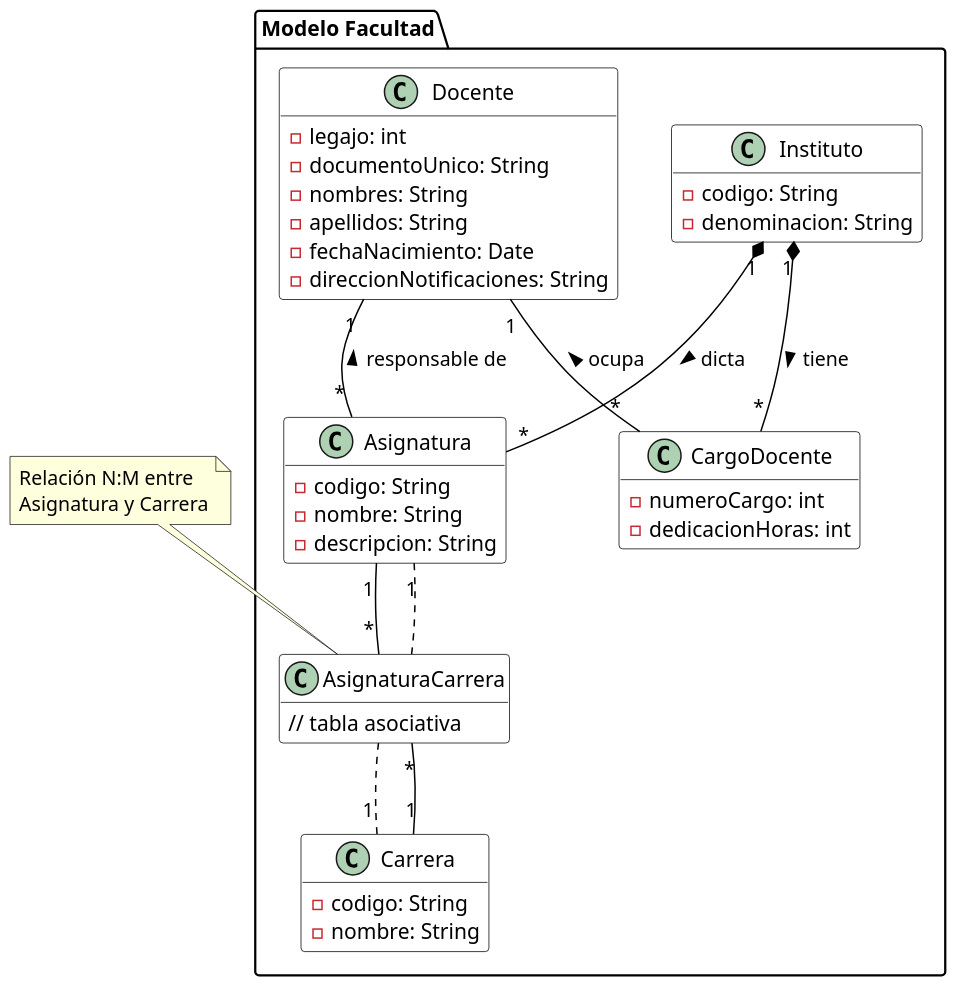
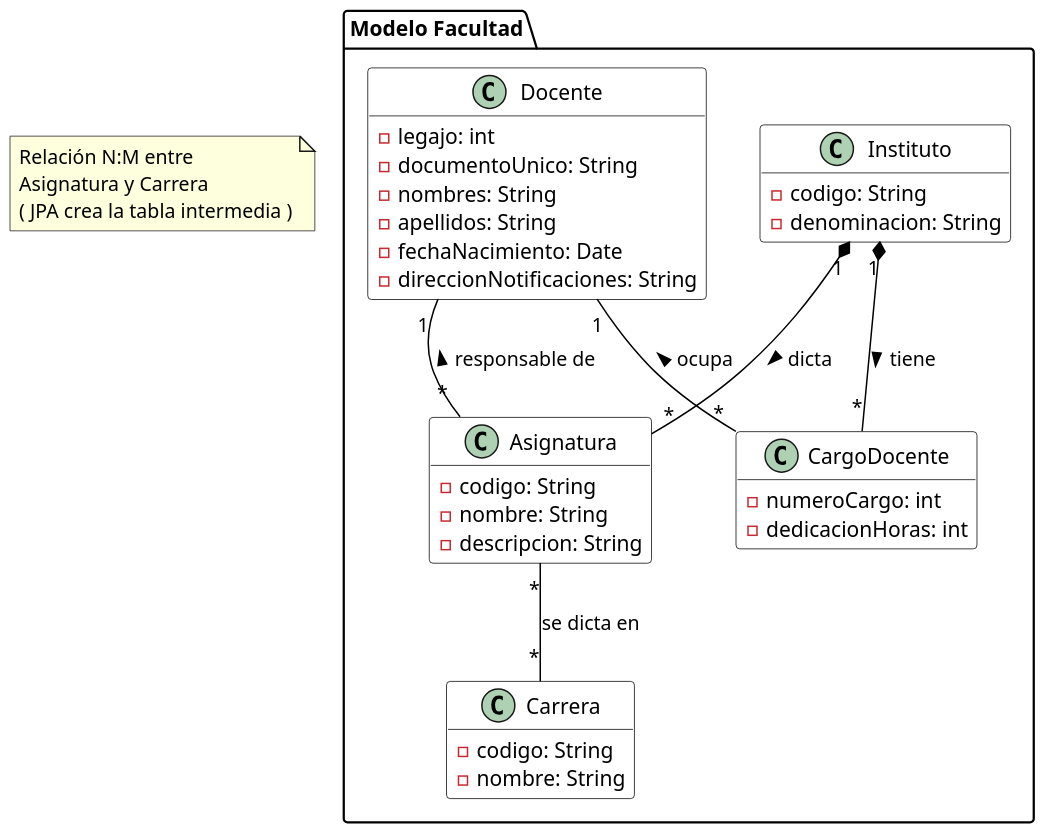
The diagram in facultad-project/src/main/resources/DiagramaClases.wsd (Marcos2497/ProjectInstituto), drawn with PlantUML before and after one commit. The commit also changed 8 other files, not shown here.

```diff
--- a/facultad-project/src/main/resources/DiagramaClases.wsd
+++ b/facultad-project/src/main/resources/DiagramaClases.wsd
@@ -1,63 +1,55 @@
 @startuml
 scale 1.5
 skinparam class {
   BackgroundColor White
   BorderColor Black
   ArrowColor Black
 }
 hide empty members
 
 package "Modelo Facultad" {
   class Instituto {
     - codigo: String
     - denominacion: String
   }
   
   class Asignatura {
     - codigo: String
     - nombre: String
     - descripcion: String
   }
   
   class Docente {
     - legajo: int
     - documentoUnico: String
     - nombres: String
     - apellidos: String
     - fechaNacimiento: Date
     - direccionNotificaciones: String
   }
   
   class CargoDocente {
     - numeroCargo: int
     - dedicacionHoras: int
   }
   
   class Carrera {
     - codigo: String
     - nombre: String
   }
-  
-  class AsignaturaCarrera {
-    // tabla asociativa
-  }
 }
 
 ' Relaciones de composición/agregación
 Instituto "1" *-- "*" CargoDocente : tiene >
 Instituto "1" *-- "*" Asignatura : dicta >
 
 ' Relaciones de asociación
 Docente "1" -- "*" CargoDocente : ocupa <
 Docente "1" -- "*" Asignatura : responsable de <
 
-' Relación muchos a muchos
-Asignatura "1" -- "*" AsignaturaCarrera
-Carrera "1" -- "*" AsignaturaCarrera
-AsignaturaCarrera .. "1" Asignatura
-AsignaturaCarrera .. "1" Carrera
+' Relación muchos a muchos (AHORA ES DIRECTA)
+Asignatura "*" -- "*" Carrera : se dicta en
 
-note "Relación N:M entre\nAsignatura y Carrera" as N1
-N1 .. AsignaturaCarrera
+note "Relación N:M entre\nAsignatura y Carrera\n( JPA crea la tabla intermedia )" as N1
 
 @enduml
```
